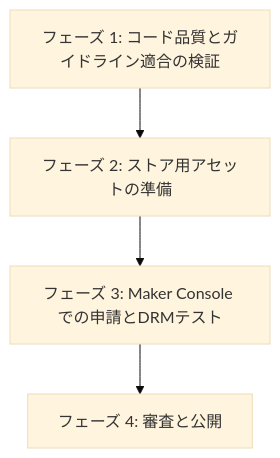
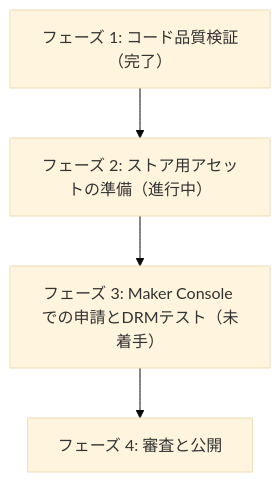
One commit to shiguruikai/streamdeck-forza-telemetry changed the diagram in docs/release-roadmap.md. Above: the diagram before and after it, drawn with Mermaid (base theme). The commit also changed other lines of this file and 9 other files, not shown here.

````diff
--- a/docs/release-roadmap.md
+++ b/docs/release-roadmap.md
@@ -8,6 +7,6 @@
 ```mermaid
 graph TD
-    A[フェーズ 1: コード品質とガイドライン適合の検証] --> B[フェーズ 2: ストア用アセットの準備]
-    B --> C[フェーズ 3: Maker Console での申請とDRMテスト]
+    A[フェーズ 1: コード品質検証（完了）] --> B[フェーズ 2: ストア用アセットの準備（進行中）]
+    B --> C[フェーズ 3: Maker Console での申請とDRMテスト（未着手）]
     C --> D[フェーズ 4: 審査と公開]
 ```
````
